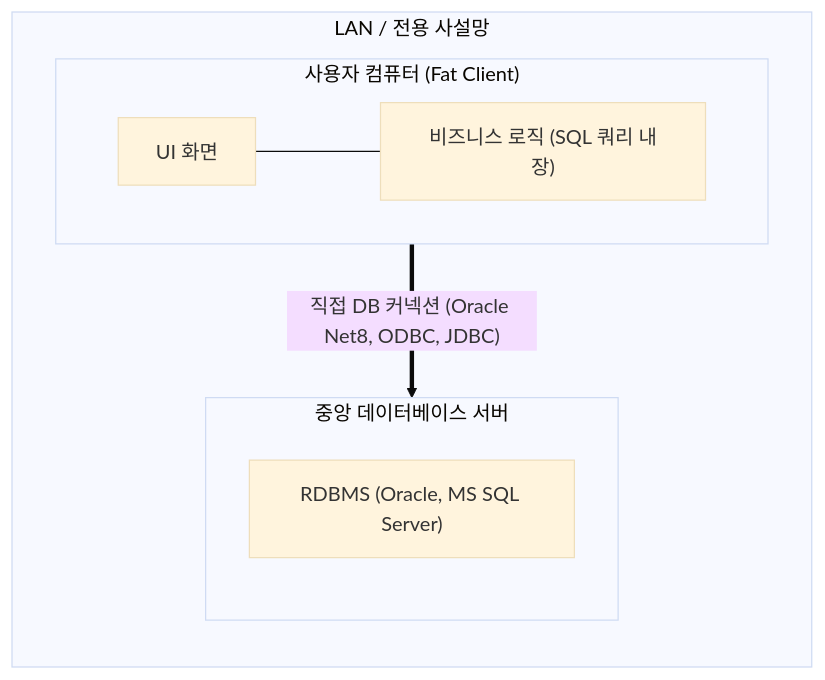
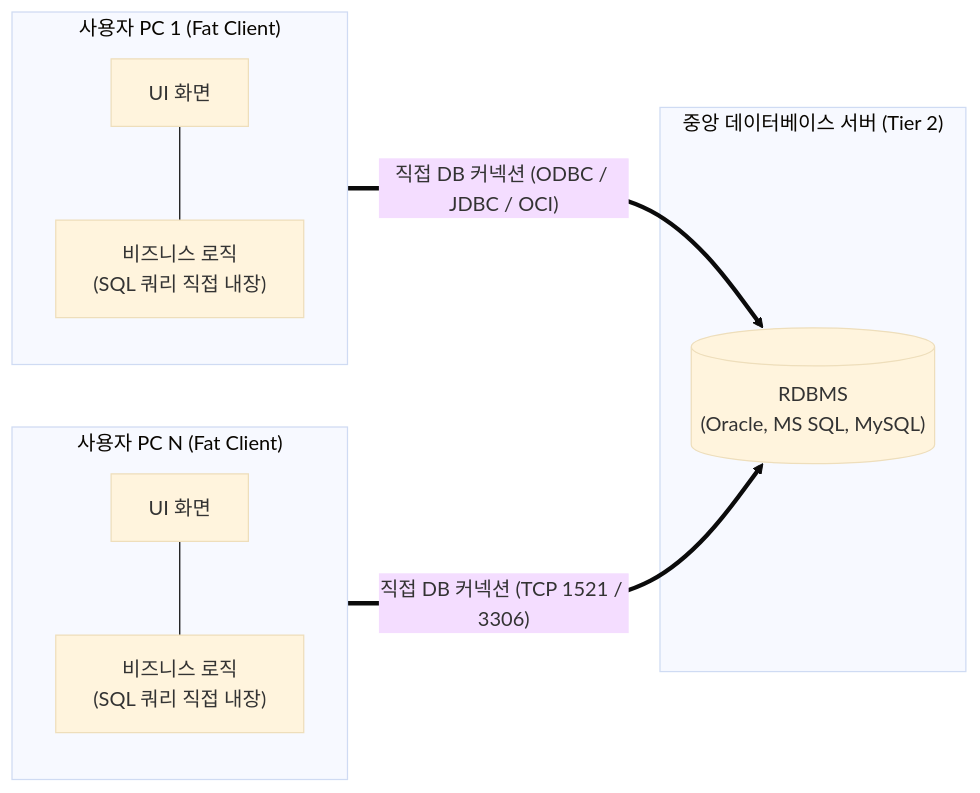
One commit to keimania/tech-notes changed the second of 39 diagrams in 09_아키텍처.md. Above: the diagram before and after it, drawn with Mermaid (base theme). The commit also changed other lines of this file and 12 other files, not shown here.

````diff
--- a/09_아키텍처.md
+++ b/09_아키텍처.md
@@ -71,14 +76,17 @@
 ```mermaid
 flowchart LR
-    subgraph ClientPC["사용자 컴퓨터 (Fat Client)"]
-        UI["UI 화면"] --- Biz["비즈니스 로직 (SQL 쿼리 내장)"]
+    subgraph ClientPC1["사용자 PC 1 (Fat Client)"]
+        UI1["UI 화면"] --- Biz1["비즈니스 로직\n(SQL 쿼리 직접 내장)"]
     end
 
-    subgraph Network["LAN / 전용 사설망"]
-        ClientPC == "직접 DB 커넥션 (Oracle Net8, ODBC, JDBC)" ==> DBServer
+    subgraph ClientPC2["사용자 PC N (Fat Client)"]
+        UI2["UI 화면"] --- Biz2["비즈니스 로직\n(SQL 쿼리 직접 내장)"]
     end
 
-    subgraph DBServer["중앙 데이터베이스 서버"]
-        DB["RDBMS (Oracle, MS SQL Server)"]
+    subgraph DBServer["중앙 데이터베이스 서버 (Tier 2)"]
+        DB[("RDBMS\n(Oracle, MS SQL, MySQL)")]
     end
+
+    ClientPC1 == "직접 DB 커넥션 (ODBC / JDBC / OCI)" ==> DB
+    ClientPC2 == "직접 DB 커넥션 (TCP 1521 / 3306)" ==> DB
 ```
````
